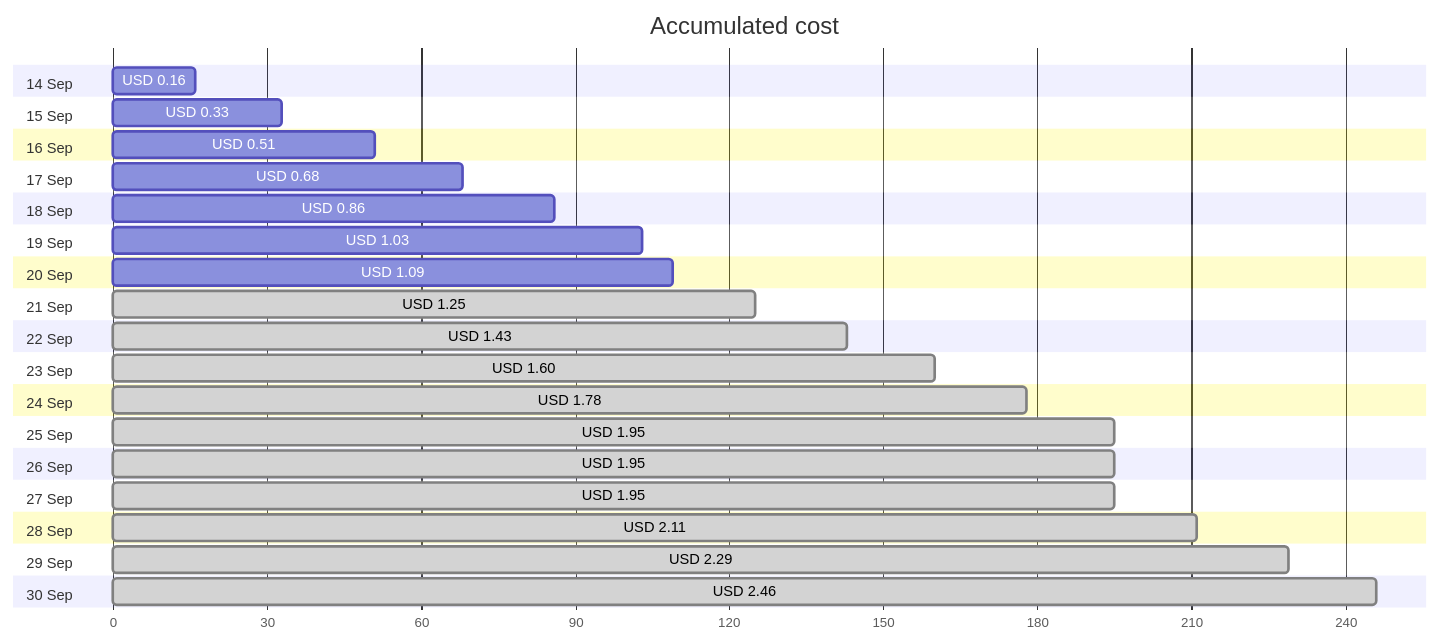
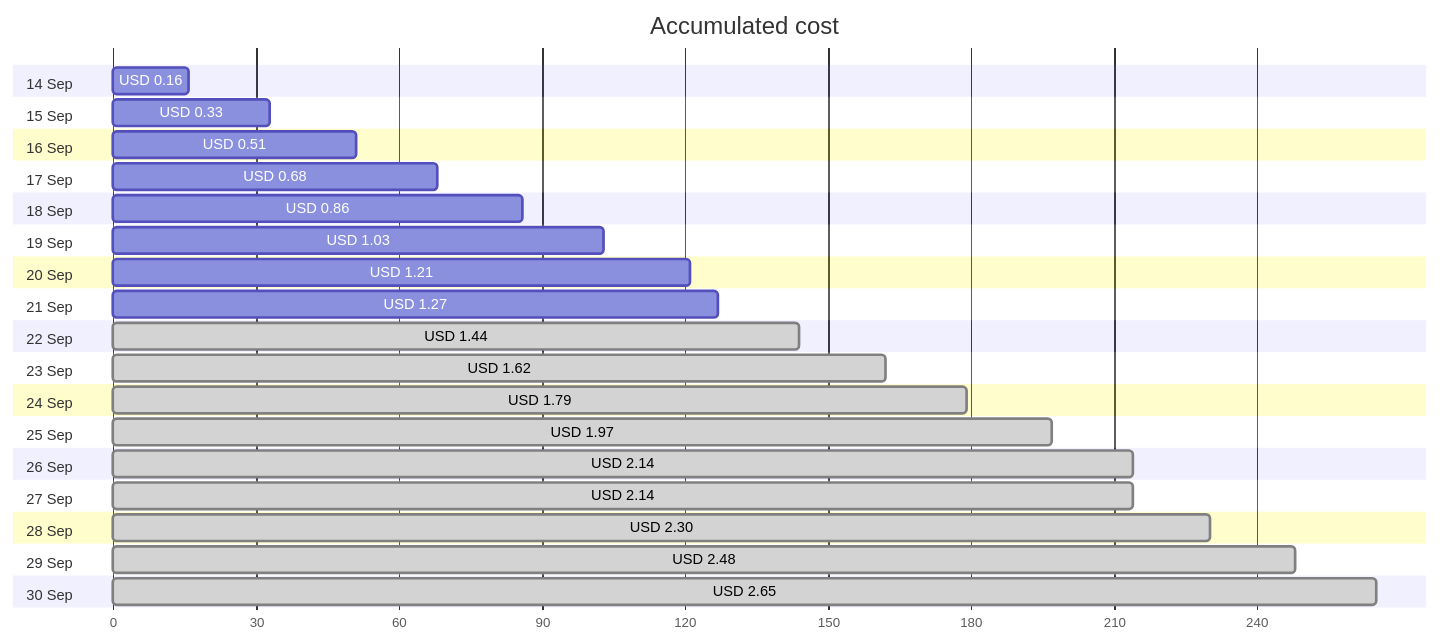
One commit to jpfulton/azure-personal-reports changed the first of 4 diagrams in cost-reports/personal-network/backup-server.md. Above: the diagram before and after it, drawn with Mermaid. The commit also changed other lines of this file and 9 other files, not shown here.

````diff
--- a/cost-reports/personal-network/backup-server.md
+++ b/cost-reports/personal-network/backup-server.md
@@ -20,40 +20,40 @@
 ```mermaid
 gantt
    title Accumulated cost
    dateFormat  X
    axisFormat %s
    section 14 Sep
    USD 0.16 :0, 16
    section 15 Sep
    USD 0.33 :0, 33
    section 16 Sep
    USD 0.51 :0, 51
    section 17 Sep
    USD 0.68 :0, 68
    section 18 Sep
    USD 0.86 :0, 86
    section 19 Sep
    USD 1.03 :0, 103
    section 20 Sep
-   USD 1.09 :0, 109
+   USD 1.21 :0, 121
    section 21 Sep
-   USD 1.25 : done, 0, 125
+   USD 1.27 :0, 127
    section 22 Sep
-   USD 1.43 : done, 0, 143
+   USD 1.44 : done, 0, 144
    section 23 Sep
-   USD 1.60 : done, 0, 160
+   USD 1.62 : done, 0, 162
    section 24 Sep
-   USD 1.78 : done, 0, 178
+   USD 1.79 : done, 0, 179
    section 25 Sep
-   USD 1.95 : done, 0, 195
+   USD 1.97 : done, 0, 197
    section 26 Sep
-   USD 1.95 : done, 0, 195
+   USD 2.14 : done, 0, 214
    section 27 Sep
-   USD 1.95 : done, 0, 195
+   USD 2.14 : done, 0, 214
    section 28 Sep
-   USD 2.11 : done, 0, 211
+   USD 2.30 : done, 0, 230
    section 29 Sep
-   USD 2.29 : done, 0, 229
+   USD 2.48 : done, 0, 248
    section 30 Sep
-   USD 2.46 : done, 0, 246
+   USD 2.65 : done, 0, 265
 ```
````
